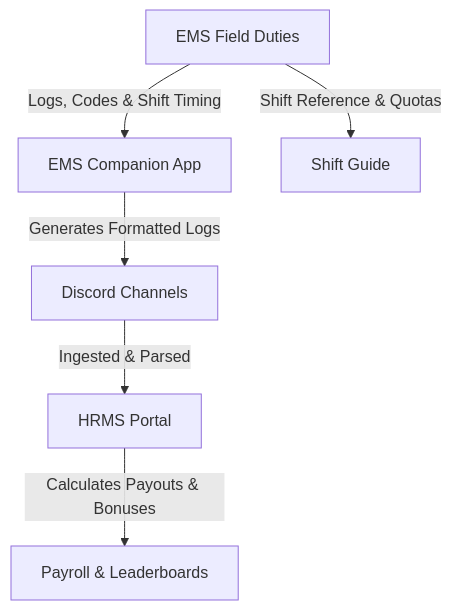
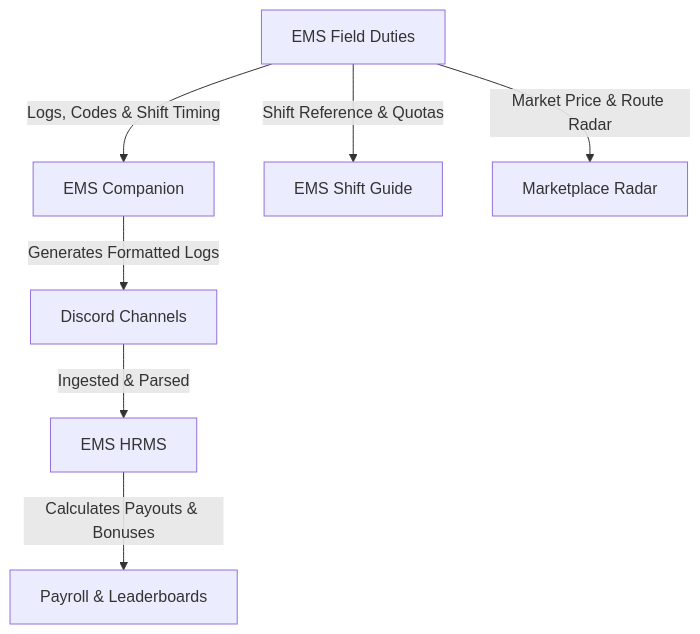
Before and after one commit to wwwshivu4u/GTA-5-GRP-EMS-Apps: the first of 2 diagrams in README.md, drawn with Mermaid. The commit also changed other lines of this file and 42 other files, not shown here.

Commit message:
Rename apps to EMS Companion, EMS HRMS, EMS Shift Guide, add Marketplace, configure Firebase multi-hosting

````diff
--- a/README.md
+++ b/README.md
@@ -16,8 +16,9 @@
 ```mermaid
 graph TD;
-    Field[EMS Field Duties] -->|Logs, Codes & Shift Timing| Companion[EMS Companion App]
-    Field -->|Shift Reference & Quotas| ShiftGuide[Shift Guide]
+    Field[EMS Field Duties] -->|Logs, Codes & Shift Timing| Companion[EMS Companion]
+    Field -->|Shift Reference & Quotas| ShiftGuide[EMS Shift Guide]
     Companion -->|Generates Formatted Logs| Discord[Discord Channels]
-    Discord -->|Ingested & Parsed| HRMS[HRMS Portal]
+    Discord -->|Ingested & Parsed| HRMS[EMS HRMS]
     HRMS -->|Calculates Payouts & Bonuses| Leaderboard[Payroll & Leaderboards]
+    Field -->|Market Price & Route Radar| Marketplace[Marketplace Radar]
 ```
````
